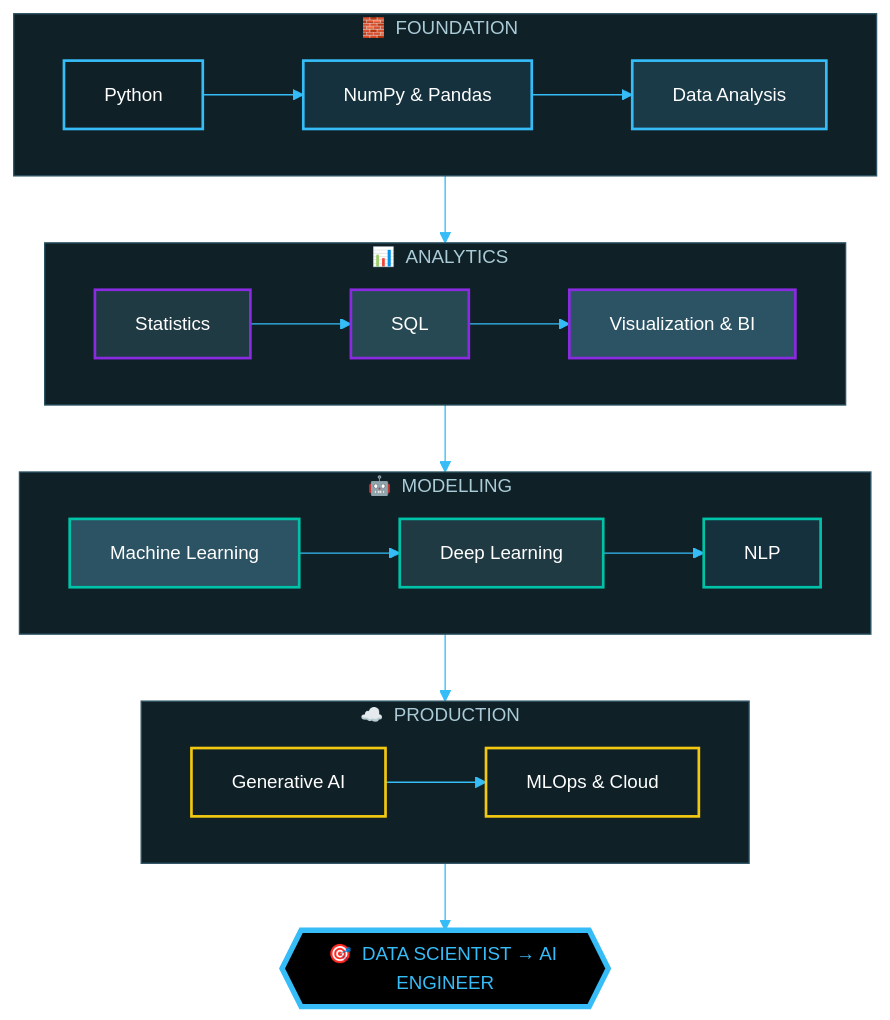
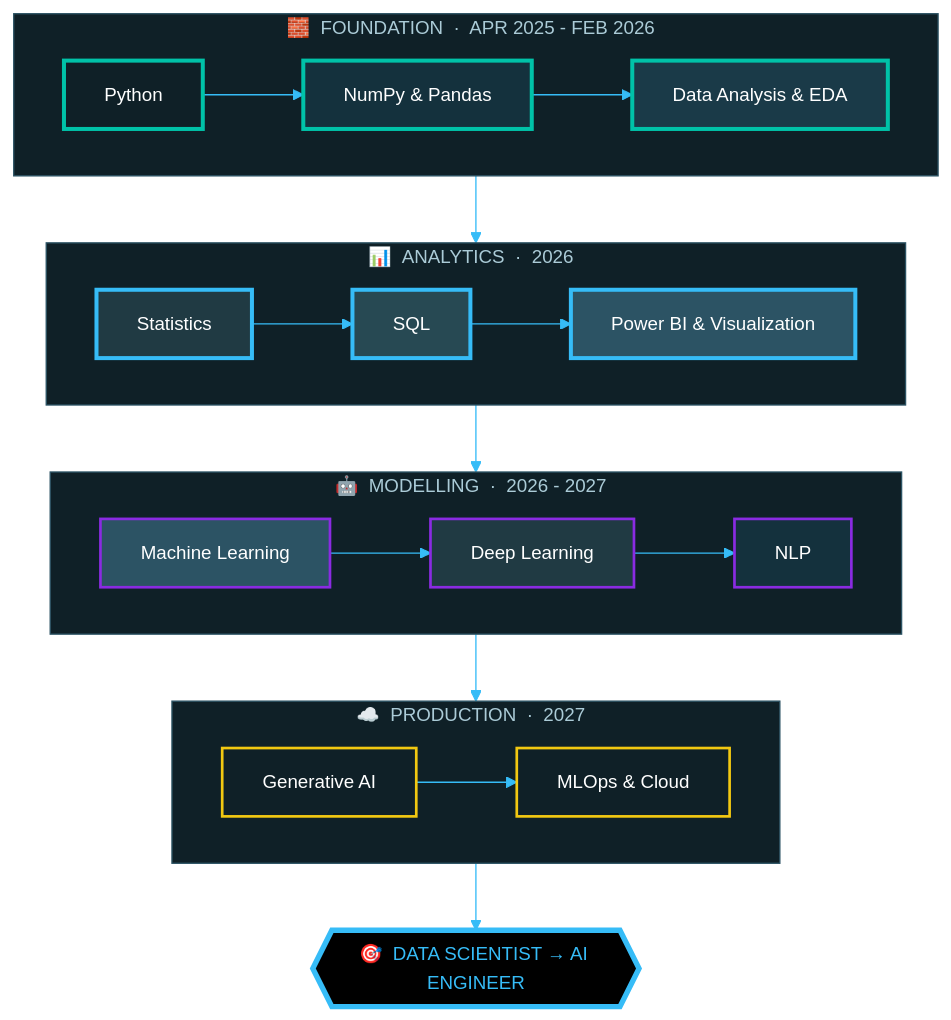
Before and after one commit to NEERAJSINGHDANU07/NEERAJSINGHDANU07: the second of 8 diagrams in README.md, drawn with Mermaid. The commit also changed other lines of this file, not shown here.

````diff
--- a/README.md
+++ b/README.md
@@ -278,39 +302,39 @@
 ```mermaid
 %%{init: {'theme':'base','themeVariables':{'fontFamily':'Fira Code, monospace','fontSize':'14px','primaryColor':'#203A43','primaryTextColor':'#FFFFFF','primaryBorderColor':'#36BCF7','lineColor':'#36BCF7','clusterBkg':'#0F2027','clusterBorder':'#2C5364'}}}%%
 flowchart TD
-    subgraph FOUNDATION["🧱 &nbsp;FOUNDATION &nbsp;"]
+    subgraph FOUNDATION["🧱 &nbsp;FOUNDATION &nbsp;·&nbsp; APR 2025 - FEB 2026 &nbsp;"]
         direction LR
-        A[Python] --> B[NumPy & Pandas] --> C[Data Analysis]
+        A[Python] --> B[NumPy & Pandas] --> C[Data Analysis & EDA]
     end
 
-    subgraph ANALYTICS["📊 &nbsp;ANALYTICS &nbsp;"]
+    subgraph ANALYTICS["📊 &nbsp;ANALYTICS &nbsp;·&nbsp; 2026 &nbsp;"]
         direction LR
-        D[Statistics] --> E[SQL] --> F[Visualization & BI]
+        D[Statistics] --> E[SQL] --> F[Power BI & Visualization]
     end
 
-    subgraph MODELLING["🤖 &nbsp;MODELLING &nbsp;"]
+    subgraph MODELLING["🤖 &nbsp;MODELLING &nbsp;·&nbsp; 2026 - 2027 &nbsp;"]
         direction LR
         G[Machine Learning] --> H[Deep Learning] --> I[NLP]
     end
 
-    subgraph PRODUCTION["☁️ &nbsp;PRODUCTION &nbsp;"]
+    subgraph PRODUCTION["☁️ &nbsp;PRODUCTION &nbsp;·&nbsp; 2027 &nbsp;"]
         direction LR
         J[Generative AI] --> K[MLOps & Cloud]
     end
 
     FOUNDATION --> ANALYTICS --> MODELLING --> PRODUCTION
     PRODUCTION --> L{{"🎯 &nbsp;DATA SCIENTIST → AI ENGINEER"}}
 
-    style A fill:#0F2027,stroke:#36BCF7,stroke-width:2px,color:#FFFFFF
-    style B fill:#14313D,stroke:#36BCF7,stroke-width:2px,color:#FFFFFF
-    style C fill:#1A3A48,stroke:#36BCF7,stroke-width:2px,color:#FFFFFF
-    style D fill:#203A43,stroke:#8A2BE2,stroke-width:2px,color:#FFFFFF
-    style E fill:#274953,stroke:#8A2BE2,stroke-width:2px,color:#FFFFFF
-    style F fill:#2C5364,stroke:#8A2BE2,stroke-width:2px,color:#FFFFFF
-    style G fill:#2C5364,stroke:#00C2A8,stroke-width:2px,color:#FFFFFF
-    style H fill:#203A43,stroke:#00C2A8,stroke-width:2px,color:#FFFFFF
-    style I fill:#14313D,stroke:#00C2A8,stroke-width:2px,color:#FFFFFF
+    style A fill:#0F2027,stroke:#00C2A8,stroke-width:3px,color:#FFFFFF
+    style B fill:#14313D,stroke:#00C2A8,stroke-width:3px,color:#FFFFFF
+    style C fill:#1A3A48,stroke:#00C2A8,stroke-width:3px,color:#FFFFFF
+    style D fill:#203A43,stroke:#36BCF7,stroke-width:3px,color:#FFFFFF
+    style E fill:#274953,stroke:#36BCF7,stroke-width:3px,color:#FFFFFF
+    style F fill:#2C5364,stroke:#36BCF7,stroke-width:3px,color:#FFFFFF
+    style G fill:#2C5364,stroke:#8A2BE2,stroke-width:2px,color:#FFFFFF
+    style H fill:#203A43,stroke:#8A2BE2,stroke-width:2px,color:#FFFFFF
+    style I fill:#14313D,stroke:#8A2BE2,stroke-width:2px,color:#FFFFFF
     style J fill:#0F2027,stroke:#F2C811,stroke-width:2px,color:#FFFFFF
     style K fill:#0F2027,stroke:#F2C811,stroke-width:2px,color:#FFFFFF
     style L fill:#000000,stroke:#36BCF7,stroke-width:4px,color:#36BCF7
 ```
````
